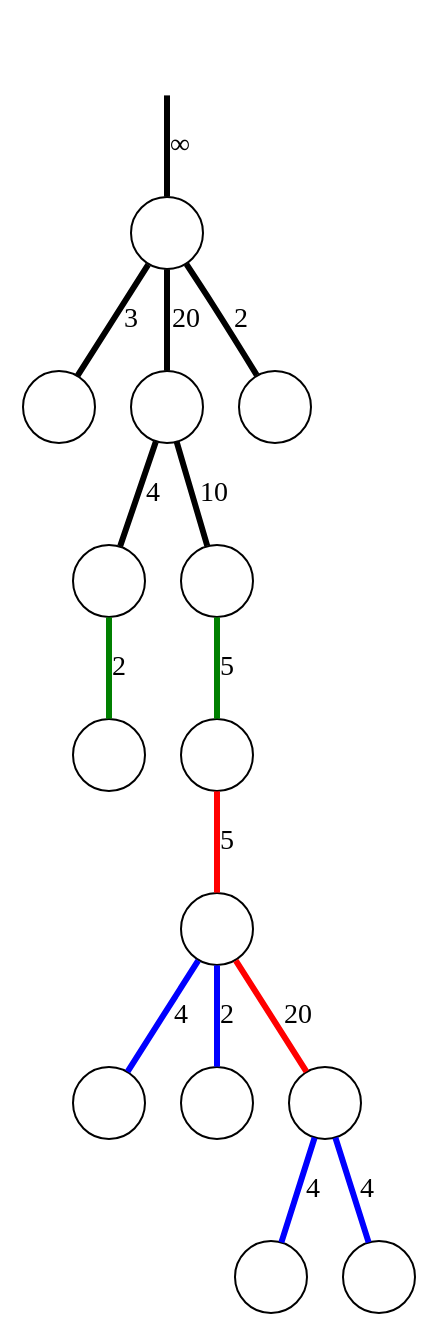
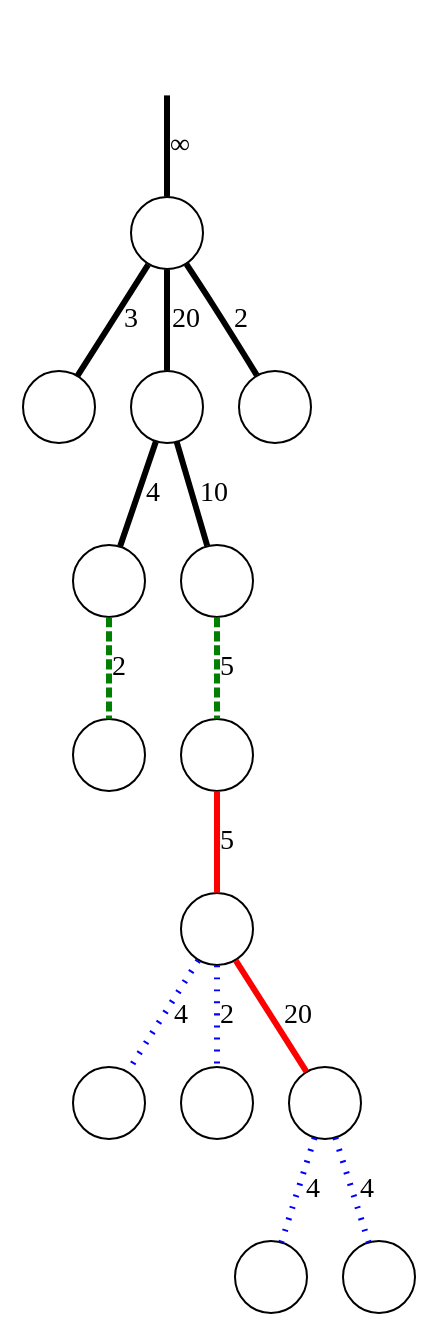
Before and after one commit to sgolodetz/waterfallpaper: the diagram in graphs/example-d.gv, drawn with Graphviz. The commit also changed 17 other files, not shown here.

```diff
--- a/graphs/example-d.gv
+++ b/graphs/example-d.gv
@@ -1,22 +1,22 @@
 digraph
 {
 	node [shape=circle, label=""];
 	edge [dir=both, arrowtail=none, arrowhead=none, penwidth=3];
 
 	r -> n00 [label="&infin;"];
 	n00 -> n10 [label=3];
 	n00 -> n11 [label=20];
 	n00 -> n12 [label=2];
 	n11 -> n20 [label=4];
 	n11 -> n21 [label=10];
-	n20 -> n30 [label=2, color=green];
-	n21 -> n31 [label=5, color=green];
-	n31 -> n40 [label=5, color=red];
-	n40 -> n50 [label=4, color=blue];
-	n40 -> n51 [label=2, color=blue];
-	n40 -> n52 [label=20, color=red];
-	n52 -> n60 [label=4, color=blue];
-	n52 -> n61 [label=4, color=blue];
+	n20 -> n30 [label=2, color=green, style=dashed];
+	n21 -> n31 [label=5, color=green, style=dashed];
+	n31 -> n40 [label=5, color=red, style=bold];
+	n40 -> n50 [label=4, color=blue, style=dotted];
+	n40 -> n51 [label=2, color=blue, style=dotted];
+	n40 -> n52 [label=20, color=red, style=bold];
+	n52 -> n60 [label=4, color=blue, style=dotted];
+	n52 -> n61 [label=4, color=blue, style=dotted];
 
 	r [style=invisible];
 }
```
